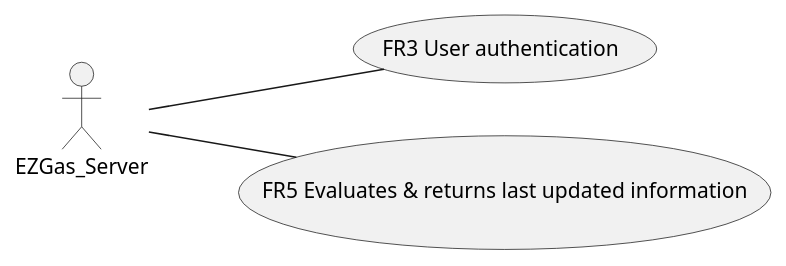
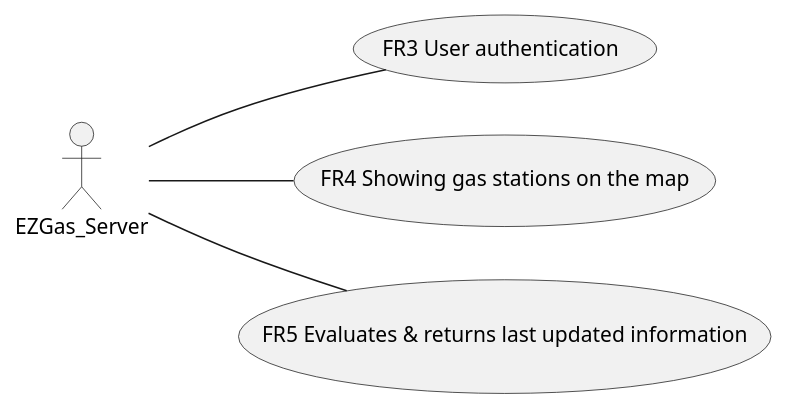
The third of 4 diagrams in REQ_s269901.md (SoftengPoliTo/Lab2), drawn with PlantUML before and after one commit. The commit also changed other lines of this file, not shown here.

````diff
--- a/REQ_s269901.md
+++ b/REQ_s269901.md
@@ -115,6 +113,8 @@
 ```plantuml
 left to right direction
 actor EZGas_Server as a
 a -- (FR3 User authentication)
+a -- (FR4 Showing gas stations on the map)
 a -- (FR5 Evaluates & returns last updated information)
+
 ```
````
